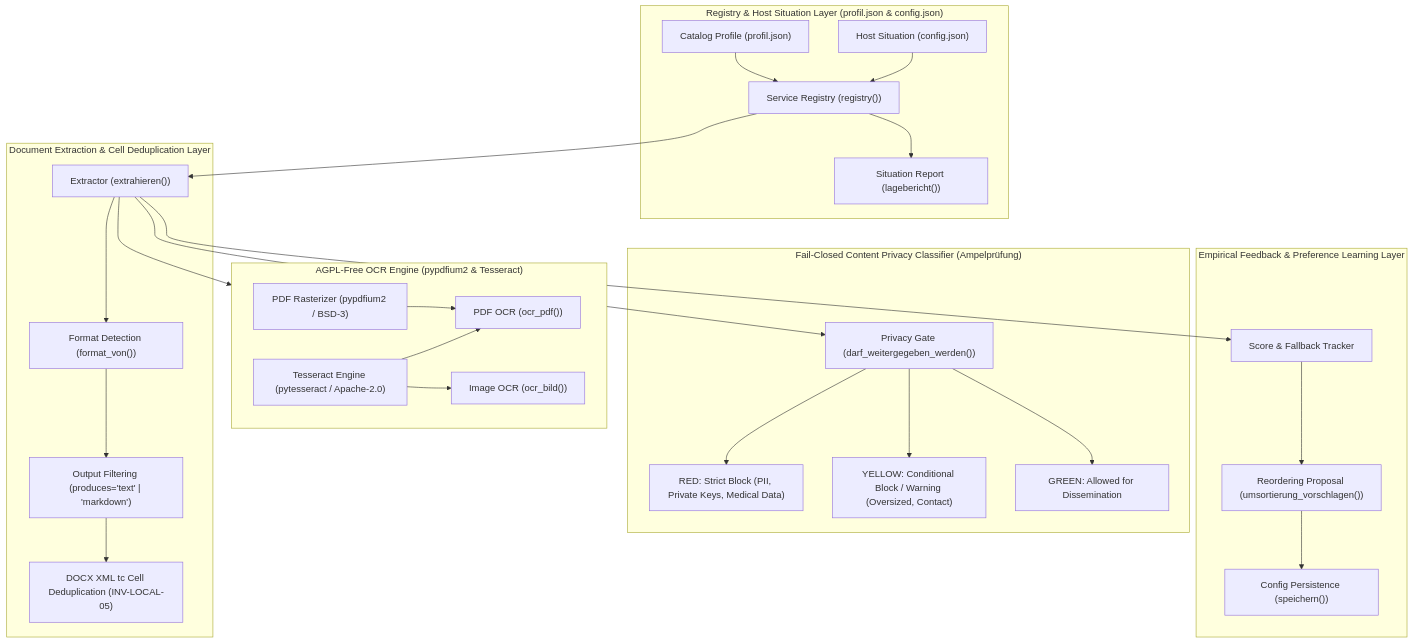
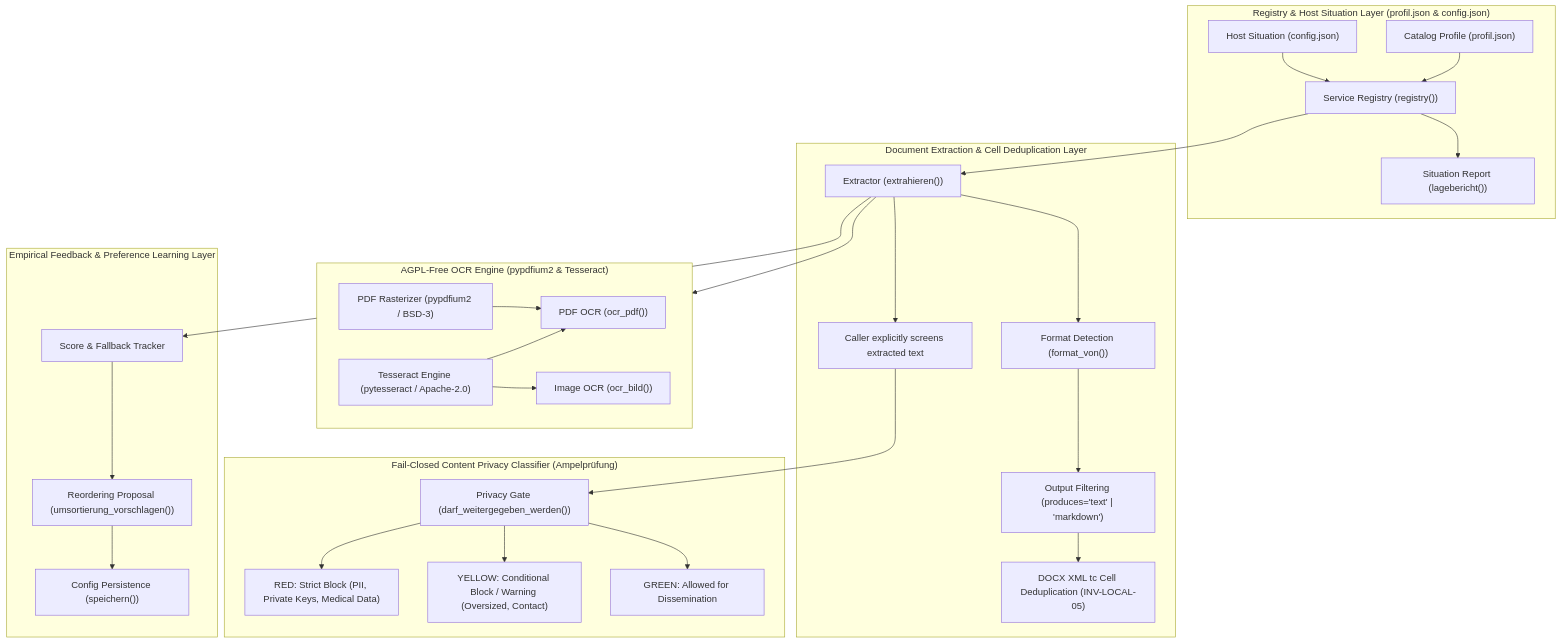
Before and after one commit to ellmos-ai/doc-services: the first of 2 diagrams in README.md, drawn with Mermaid. The commit also changed other lines of this file and 5 other files, not shown here.

Commit message:
fix(docs): screen extracted DOCX text in privacy examples

````diff
--- a/README.md
+++ b/README.md
@@ -76,59 +76,61 @@
 ```mermaid
 flowchart TD
     subgraph RegistryLayer ["Registry & Host Situation Layer (profil.json & config.json)"]
         PROFIL["Catalog Profile (profil.json)"]
         CONFIG["Host Situation (config.json)"]
         REGISTRY["Service Registry (registry())"]
         LAGE["Situation Report (lagebericht())"]
     end
 
     subgraph ExtractLayer ["Document Extraction & Cell Deduplication Layer"]
         EXTRACT["Extractor (extrahieren())"]
         FMT["Format Detection (format_von())"]
         PRODUCES["Output Filtering (produces='text' | 'markdown')"]
         DEDUP["DOCX XML tc Cell Deduplication (INV-LOCAL-05)"]
+        CALLER["Caller explicitly screens extracted text"]
     end
 
     subgraph OCRLayer ["AGPL-Free OCR Engine (pypdfium2 & Tesseract)"]
         PDFIUM["PDF Rasterizer (pypdfium2 / BSD-3)"]
         TESS["Tesseract Engine (pytesseract / Apache-2.0)"]
         OCR_IMG["Image OCR (ocr_bild())"]
         OCR_PDF["PDF OCR (ocr_pdf())"]
     end
 
     subgraph PrivacyLayer ["Fail-Closed Content Privacy Classifier (Ampelprüfung)"]
         PRIVACY["Privacy Gate (darf_weitergegeben_werden())"]
         RED["RED: Strict Block (PII, Private Keys, Medical Data)"]
         YELLOW["YELLOW: Conditional Block / Warning (Oversized, Contact)"]
         GREEN["GREEN: Allowed for Dissemination"]
     end
 
     subgraph LearningLayer ["Empirical Feedback & Preference Learning Layer"]
         LEARN["Score & Fallback Tracker"]
         PROPOSE["Reordering Proposal (umsortierung_vorschlagen())"]
         STORAGE["Config Persistence (speichern())"]
     end
 
     PROFIL --> REGISTRY
     CONFIG --> REGISTRY
     REGISTRY --> LAGE
     REGISTRY --> EXTRACT
 
     EXTRACT --> FMT
     FMT --> PRODUCES
     PRODUCES --> DEDUP
     EXTRACT --> OCRLayer
 
     PDFIUM --> OCR_PDF
     TESS --> OCR_IMG
     TESS --> OCR_PDF
 
-    EXTRACT --> PRIVACY
+    EXTRACT --> CALLER
+    CALLER --> PRIVACY
     PRIVACY --> RED
     PRIVACY --> YELLOW
     PRIVACY --> GREEN
 
     EXTRACT --> LEARN
     LEARN --> PROPOSE
     PROPOSE --> STORAGE
 ```
````
